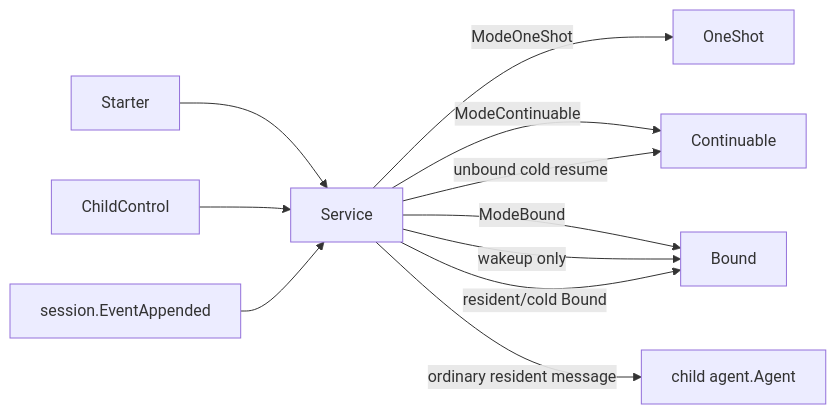
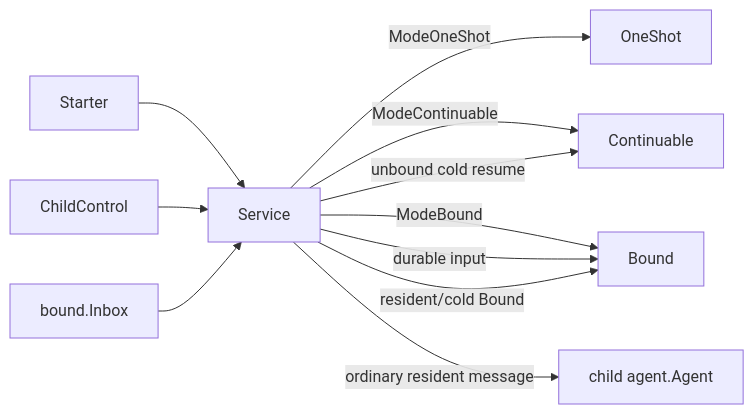
Before and after one commit to gorenx/goren: the diagram in subagent/internal/subagents/README.zh-CN.md, drawn with Mermaid. The commit also changed other lines of this file and 9 other files, not shown here.

Commit message:
docs(bound): document inbox and turn relay ownership

````diff
--- a/subagent/internal/subagents/README.zh-CN.md
+++ b/subagent/internal/subagents/README.zh-CN.md
@@ -5,13 +5,13 @@
 ```mermaid
 flowchart LR
     Starter --> Service
     ChildControl --> Service
     Service -->|ModeOneShot| OneShot
     Service -->|ModeContinuable| Continuable
     Service -->|ModeBound| Bound
-    SessionEvent[session.EventAppended] --> Service
-    Service -->|wakeup only| Bound
+    Inbox[bound.Inbox] --> Service
+    Service -->|durable input| Bound
     Service -->|ordinary resident message| ChildAgent[child agent.Agent]
     Service -->|resident/cold Bound| Bound
     Service -->|unbound cold resume| Continuable
 ```
````
